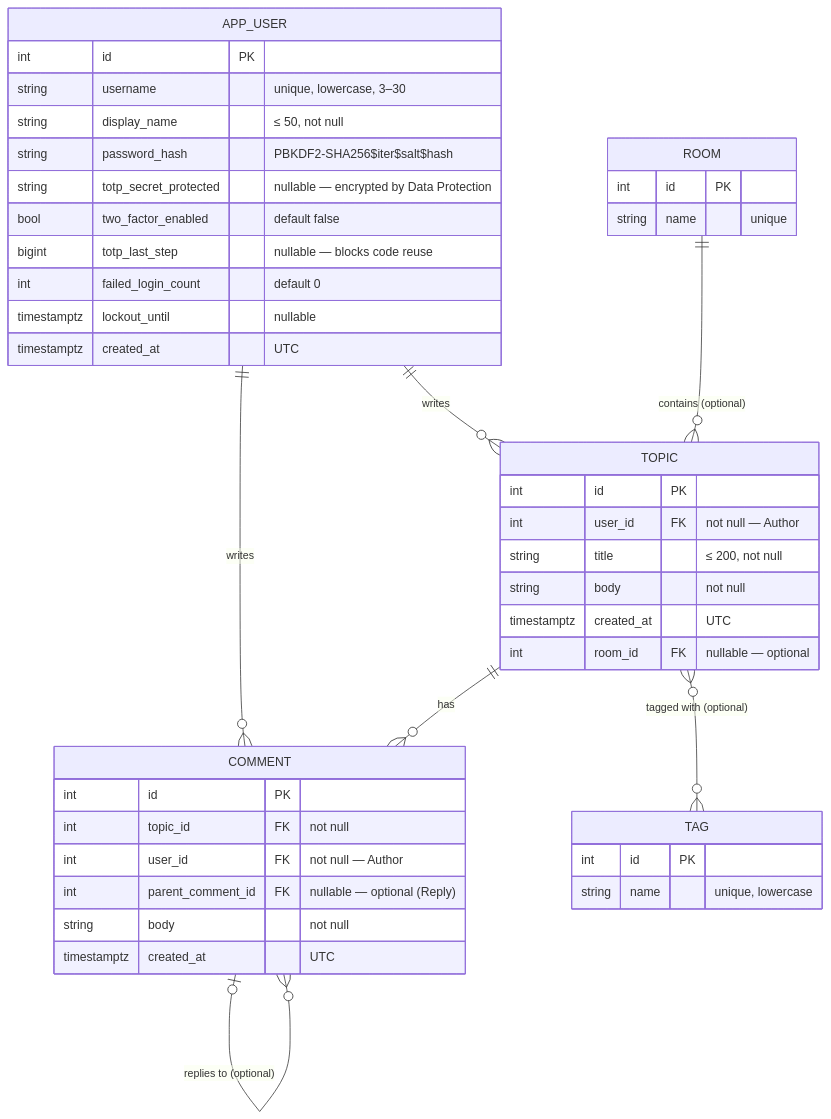
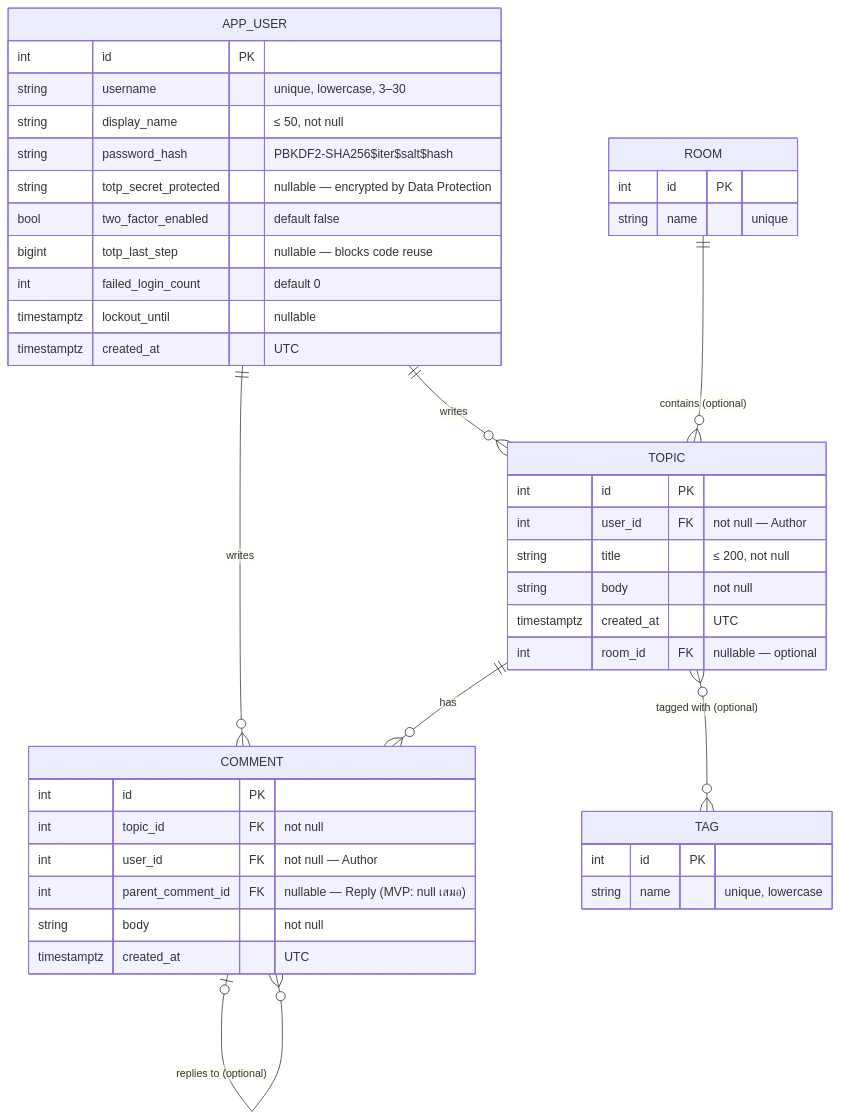
One commit to ToonRz/Project_SASD changed the diagram in docs/ARCHITECTURE.md. Above: the diagram before and after it, drawn with Mermaid. The commit also changed other lines of this file and 12 other files, not shown here.

````diff
--- a/docs/ARCHITECTURE.md
+++ b/docs/ARCHITECTURE.md
@@ -102,46 +102,46 @@
 ```mermaid
 erDiagram
     APP_USER ||--o{ TOPIC   : writes
     APP_USER ||--o{ COMMENT : writes
     ROOM  ||--o{ TOPIC   : "contains (optional)"
     TOPIC ||--o{ COMMENT : has
     COMMENT |o--o{ COMMENT : "replies to (optional)"
     TOPIC }o--o{ TAG     : "tagged with (optional)"
 
     APP_USER {
         int id PK
         string username "unique, lowercase, 3–30"
         string display_name "≤ 50, not null"
         string password_hash "PBKDF2-SHA256$iter$salt$hash"
         string totp_secret_protected "nullable — encrypted by Data Protection"
         bool two_factor_enabled "default false"
         bigint totp_last_step "nullable — blocks code reuse"
         int failed_login_count "default 0"
         timestamptz lockout_until "nullable"
         timestamptz created_at "UTC"
     }
     TOPIC {
         int id PK
         int user_id FK "not null — Author"
         string title "≤ 200, not null"
         string body "not null"
         timestamptz created_at "UTC"
         int room_id FK "nullable — optional"
     }
     COMMENT {
         int id PK
         int topic_id FK "not null"
         int user_id FK "not null — Author"
-        int parent_comment_id FK "nullable — optional (Reply)"
+        int parent_comment_id FK "nullable — Reply (MVP: null เสมอ)"
         string body "not null"
         timestamptz created_at "UTC"
     }
     TAG {
         int id PK
         string name "unique, lowercase"
     }
     ROOM {
         int id PK
         string name "unique"
     }
 ```
````
